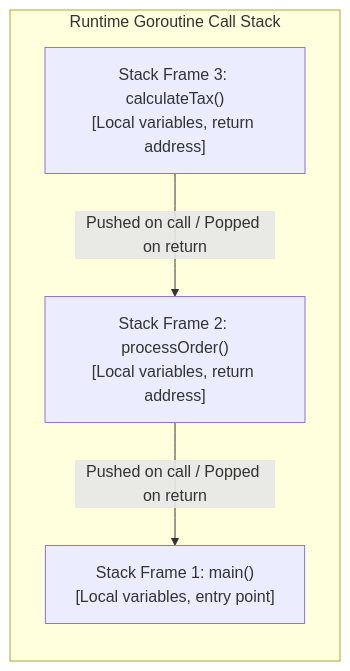
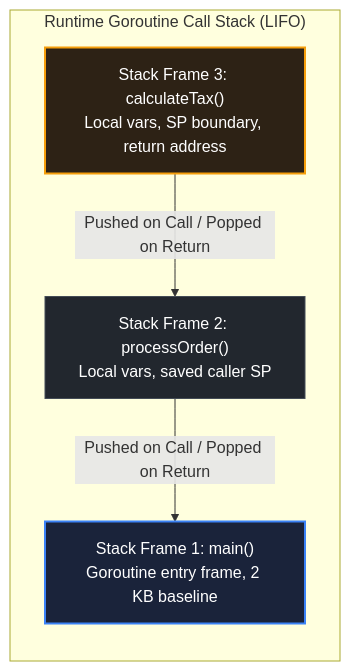
One commit to swe-labs/the-go-engineer changed the diagram in curriculum/modules/04-functions-errors-data-semantics/lessons/06-call-stack-mental-model/README.md. Above: the diagram before and after it, drawn with Mermaid. The commit also changed other lines of this file and 32 other files, not shown here.

````diff
--- a/curriculum/modules/04-functions-errors-data-semantics/lessons/06-call-stack-mental-model/README.md
+++ b/curriculum/modules/04-functions-errors-data-semantics/lessons/06-call-stack-mental-model/README.md
@@ -22,15 +24,17 @@
 ```mermaid
 flowchart TD
-    subgraph CallStack["Runtime Goroutine Call Stack"]
+    classDef frontDoor fill:#1a233a,stroke:#3b82f6,stroke-width:2px,color:#ffffff;
+    classDef exitGate fill:#1e3a1e,stroke:#4caf50,stroke-width:2px,color:#ffffff;
+    classDef standardNode fill:#22272e,stroke:#444c56,stroke-width:1px,color:#ffffff;
+    classDef capstoneNode fill:#2d2215,stroke:#f59e0b,stroke-width:2px,color:#ffffff;
+
+    subgraph CallStack["Runtime Goroutine Call Stack (LIFO)"]
         direction TB
-        F3["Stack Frame 3: calculateTax()
-[Local variables, return address]"]
-        F2["Stack Frame 2: processOrder()
-[Local variables, return address]"]
-        F1["Stack Frame 1: main()
-[Local variables, entry point]"]
+        F3["Stack Frame 3: calculateTax()<br/>Local vars, SP boundary, return address"]:::capstoneNode
+        F2["Stack Frame 2: processOrder()<br/>Local vars, saved caller SP"]:::standardNode
+        F1["Stack Frame 1: main()<br/>Goroutine entry frame, 2 KB baseline"]:::frontDoor
 
-        F3 -->|Pushed on call / Popped on return| F2
-        F2 -->|Pushed on call / Popped on return| F1
+        F3 -->|Pushed on Call / Popped on Return| F2
+        F2 -->|Pushed on Call / Popped on Return| F1
     end
 ```
````
